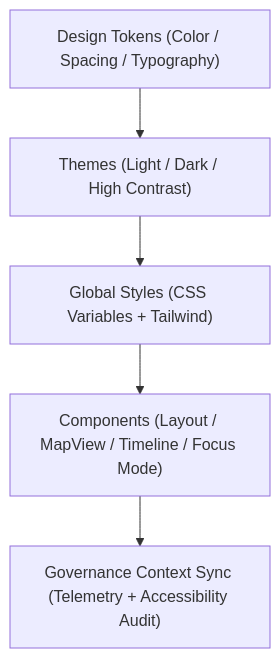
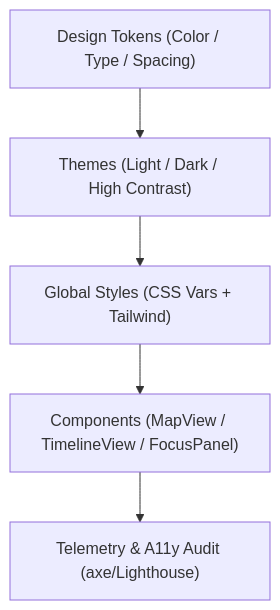
The diagram in web/src/styles/README.md (bartytime4life/Kansas-Frontier-Matrix), drawn with Mermaid before and after one commit. The commit also changed other lines of this file, not shown here.

````diff
--- a/web/src/styles/README.md
+++ b/web/src/styles/README.md
@@ -65,7 +57,7 @@
 ```mermaid
 flowchart TD
-    A["Design Tokens (Color / Spacing / Typography)"] --> B["Themes (Light / Dark / High Contrast)"]
-    B --> C["Global Styles (CSS Variables + Tailwind)"]
-    C --> D["Components (Layout / MapView / Timeline / Focus Mode)"]
-    D --> E["Governance Context Sync (Telemetry + Accessibility Audit)"]
+A["Design Tokens (Color / Type / Spacing)"] --> B["Themes (Light / Dark / High Contrast)"]
+B --> C["Global Styles (CSS Vars + Tailwind)"]
+C --> D["Components (MapView / TimelineView / FocusPanel)"]
+D --> E["Telemetry & A11y Audit (axe/Lighthouse)"]
 ```
````
